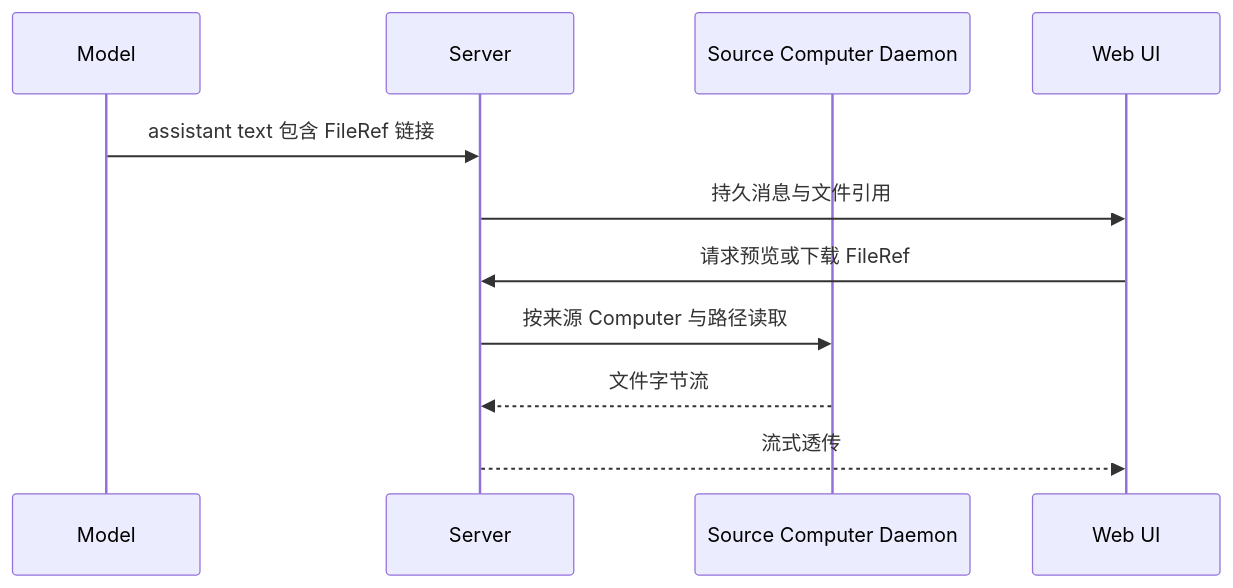
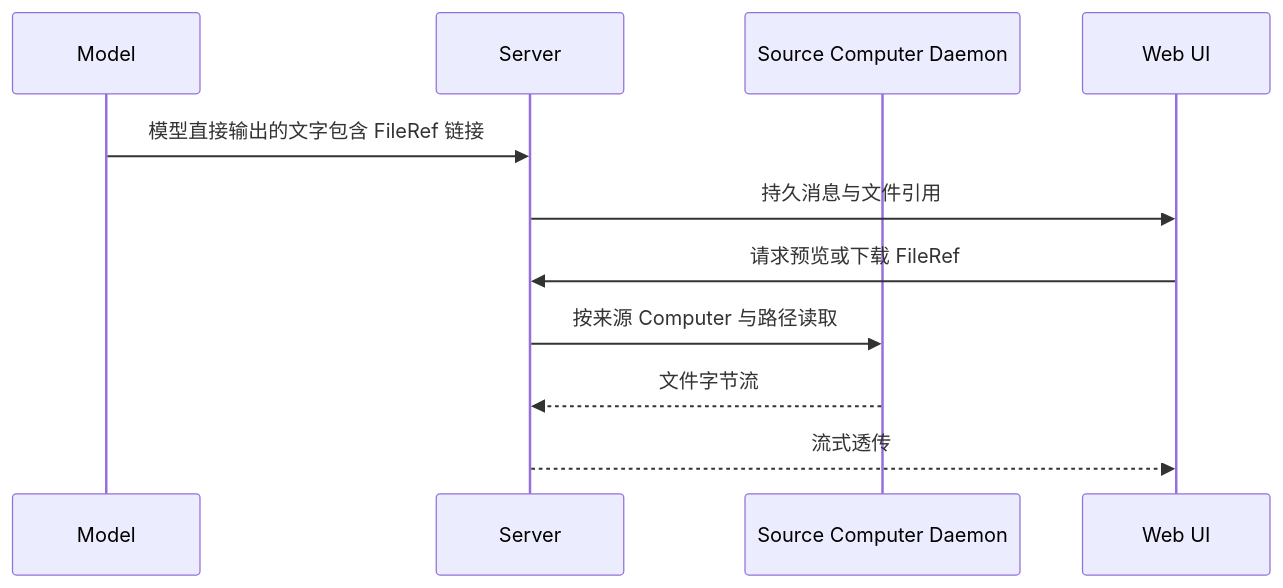
One commit to oines/astral changed the second of 2 diagrams in SPEC.md. Above: the diagram before and after it, drawn with Mermaid. The commit also changed other lines of this file and 30 other files, not shown here.

````diff
--- a/SPEC.md
+++ b/SPEC.md
@@ -1135,13 +1137,13 @@
 ```mermaid
 sequenceDiagram
     participant M as Model
     participant H as Server
     participant D as Source Computer Daemon
     participant W as Web UI
-    M->>H: assistant text 包含 FileRef 链接
+    M->>H: 模型直接输出的文字包含 FileRef 链接
     H->>W: 持久消息与文件引用
     W->>H: 请求预览或下载 FileRef
     H->>D: 按来源 Computer 与路径读取
     D-->>H: 文件字节流
     H-->>W: 流式透传
 ```
````
